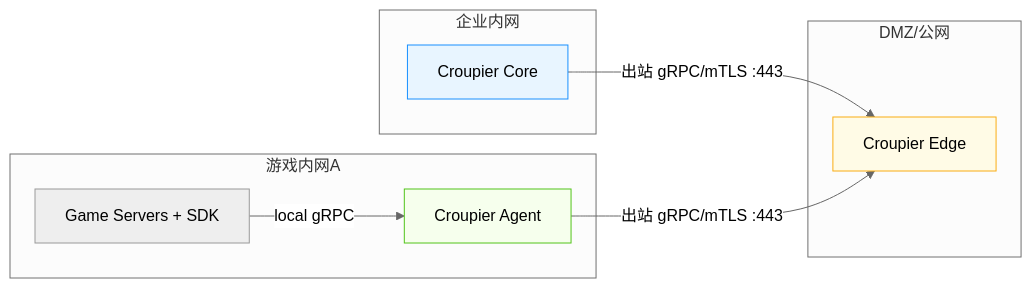
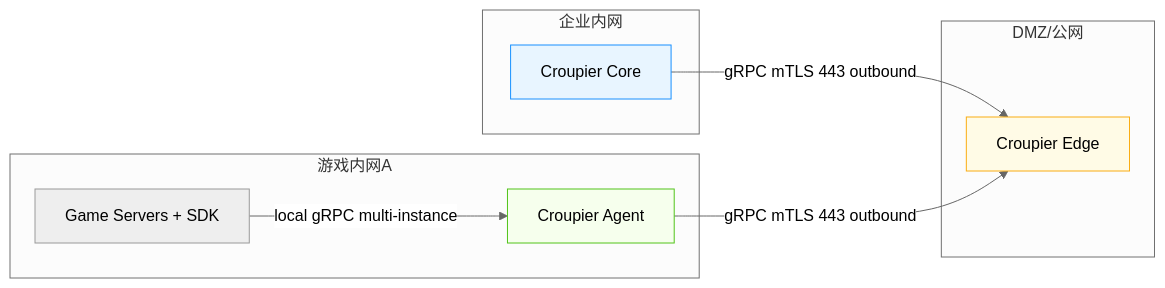
One commit to cuihairu/croupier changed the fourth of 4 diagrams in README.md. Above: the diagram before and after it, drawn with Mermaid (neutral theme). The commit also changed other lines of this file and 23 other files, not shown here.

````diff
--- a/README.md
+++ b/README.md
@@ -119,20 +126,22 @@
 ```mermaid
 graph LR
-  subgraph 内网[企业内网]
+  subgraph INTRANET[企业内网]
     Core[Croupier Core]
   end
   subgraph DMZ[DMZ/公网]
     Edge[Croupier Edge]
   end
   subgraph GNETA[游戏内网A]
     A1[Croupier Agent]
     GS1[Game Servers + SDK]
   end
-  Core -->|出站 gRPC/mTLS :443| Edge
-  A1 -->|出站 gRPC/mTLS :443| Edge
-  GS1 -->|local gRPC| A1
+  Core -->|gRPC mTLS 443 outbound| Edge
+  A1 -->|gRPC mTLS 443 outbound| Edge
+  GS1 -->|local gRPC multi-instance| A1
   classDef core fill:#e8f5ff,stroke:#1890ff;
   classDef agent fill:#f6ffed,stroke:#52c41a;
   classDef edge fill:#fffbe6,stroke:#faad14;
-  class Core core; class A1 agent; class Edge edge;
+  class Core core
+  class A1 agent
+  class Edge edge
 ```
````
